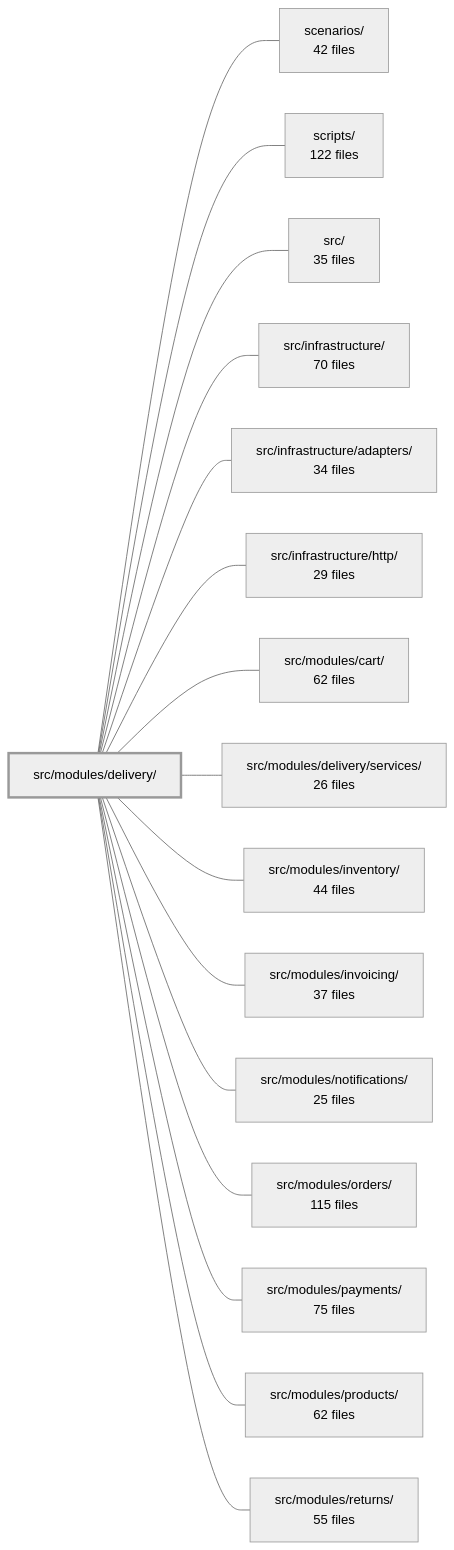
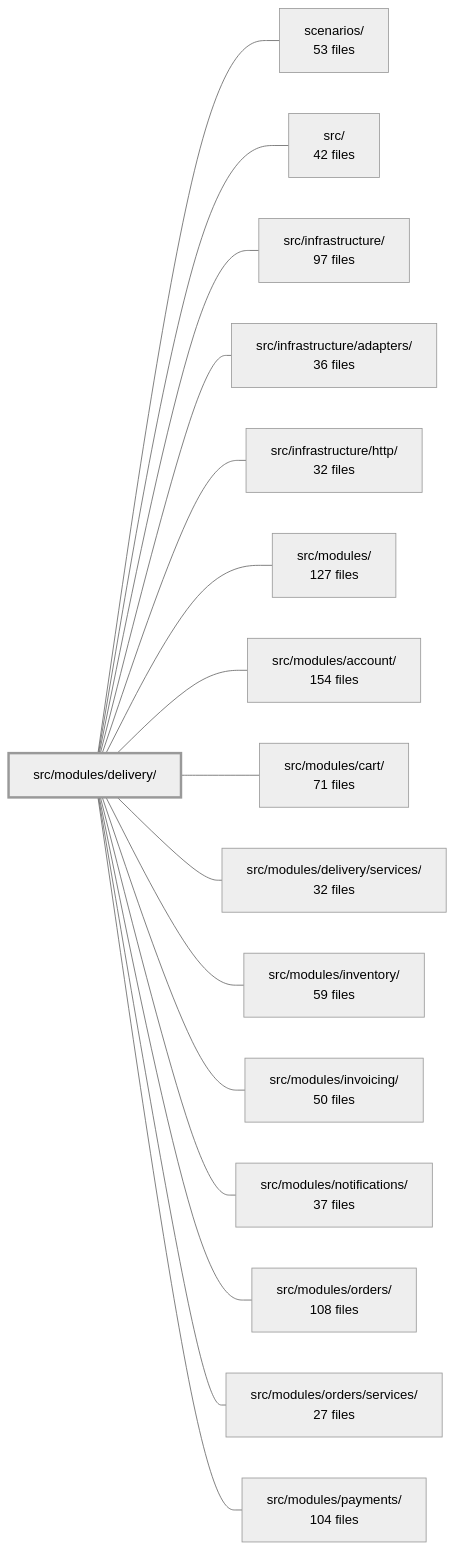
One commit to Guebbit/boilerplate-node-backend changed the diagram in .2brain/modules/boilerplate-node-backend_src_modules_delivery.md. Above: the diagram before and after it, drawn with Mermaid (neutral theme). The commit also changed other lines of this file and 1775 other files, not shown here.

````diff
--- a/.2brain/modules/boilerplate-node-backend_src_modules_delivery.md
+++ b/.2brain/modules/boilerplate-node-backend_src_modules_delivery.md
@@ -44,35 +46,35 @@
 ```mermaid
 flowchart LR
     m_src_modules_delivery["src/modules/delivery/"]
-    m_scenarios["scenarios/<br/>42 files"]
-    m_scripts["scripts/<br/>122 files"]
-    m_src["src/<br/>35 files"]
-    m_src_infrastructure["src/infrastructure/<br/>70 files"]
-    m_src_infrastructure_adapters["src/infrastructure/adapters/<br/>34 files"]
-    m_src_infrastructure_http["src/infrastructure/http/<br/>29 files"]
-    m_src_modules_cart["src/modules/cart/<br/>62 files"]
-    m_src_modules_delivery_services["src/modules/delivery/services/<br/>26 files"]
-    m_src_modules_inventory["src/modules/inventory/<br/>44 files"]
-    m_src_modules_invoicing["src/modules/invoicing/<br/>37 files"]
-    m_src_modules_notifications["src/modules/notifications/<br/>25 files"]
-    m_src_modules_orders["src/modules/orders/<br/>115 files"]
-    m_src_modules_payments["src/modules/payments/<br/>75 files"]
-    m_src_modules_products["src/modules/products/<br/>62 files"]
-    m_src_modules_returns["src/modules/returns/<br/>55 files"]
+    m_scenarios["scenarios/<br/>53 files"]
+    m_src["src/<br/>42 files"]
+    m_src_infrastructure["src/infrastructure/<br/>97 files"]
+    m_src_infrastructure_adapters["src/infrastructure/adapters/<br/>36 files"]
+    m_src_infrastructure_http["src/infrastructure/http/<br/>32 files"]
+    m_src_modules["src/modules/<br/>127 files"]
+    m_src_modules_account["src/modules/account/<br/>154 files"]
+    m_src_modules_cart["src/modules/cart/<br/>71 files"]
+    m_src_modules_delivery_services["src/modules/delivery/services/<br/>32 files"]
+    m_src_modules_inventory["src/modules/inventory/<br/>59 files"]
+    m_src_modules_invoicing["src/modules/invoicing/<br/>50 files"]
+    m_src_modules_notifications["src/modules/notifications/<br/>37 files"]
+    m_src_modules_orders["src/modules/orders/<br/>108 files"]
+    m_src_modules_orders_services["src/modules/orders/services/<br/>27 files"]
+    m_src_modules_payments["src/modules/payments/<br/>104 files"]
     m_src_modules_delivery --- m_scenarios
-    m_src_modules_delivery --- m_scripts
     m_src_modules_delivery --- m_src
     m_src_modules_delivery --- m_src_infrastructure
     m_src_modules_delivery --- m_src_infrastructure_adapters
     m_src_modules_delivery --- m_src_infrastructure_http
+    m_src_modules_delivery --- m_src_modules
+    m_src_modules_delivery --- m_src_modules_account
     m_src_modules_delivery --- m_src_modules_cart
     m_src_modules_delivery --- m_src_modules_delivery_services
     m_src_modules_delivery --- m_src_modules_inventory
     m_src_modules_delivery --- m_src_modules_invoicing
     m_src_modules_delivery --- m_src_modules_notifications
     m_src_modules_delivery --- m_src_modules_orders
+    m_src_modules_delivery --- m_src_modules_orders_services
     m_src_modules_delivery --- m_src_modules_payments
-    m_src_modules_delivery --- m_src_modules_products
-    m_src_modules_delivery --- m_src_modules_returns
     style m_src_modules_delivery stroke-width:3px
 ```
````
